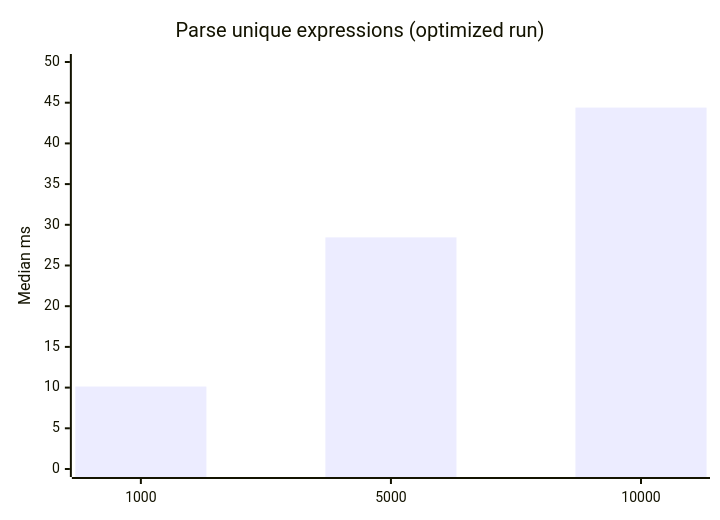
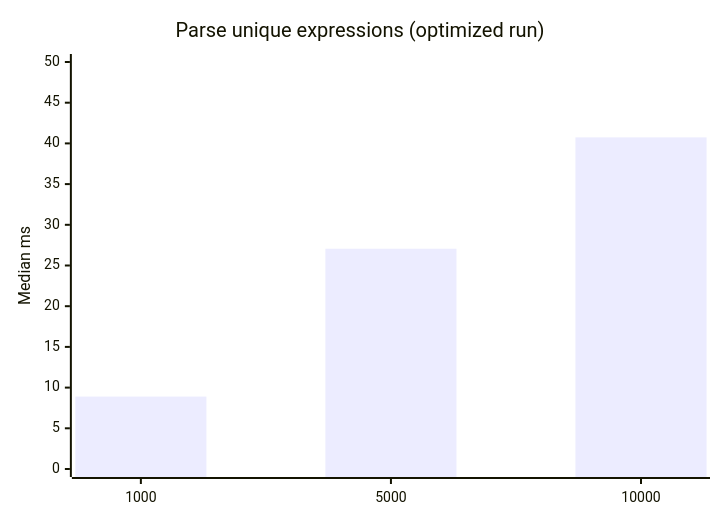
One commit to robert-sanders-software-ontwikkeling/rs-x changed the first of 7 diagrams in reports/rsx-spa-performance/README.md. Above: the diagram before and after it, drawn with Mermaid. The commit also changed other lines of this file and 3 other files, not shown here.

````diff
--- a/reports/rsx-spa-performance/README.md
+++ b/reports/rsx-spa-performance/README.md
@@ -78,7 +78,7 @@
 ```mermaid
 xychart-beta
   title "Parse unique expressions (optimized run)"
   x-axis [1000, 5000, 10000]
   y-axis "Median ms" 0 --> 50
-  bar [10.131, 28.457, 44.399]
+  bar [8.895, 27.063, 40.742]
 ```
````
